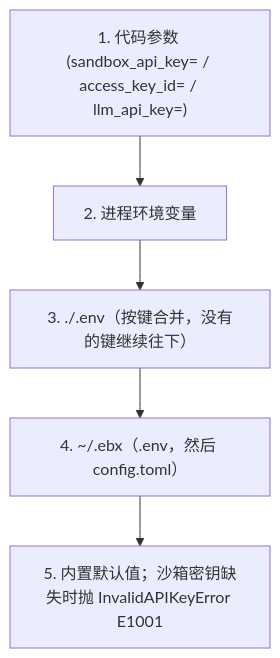
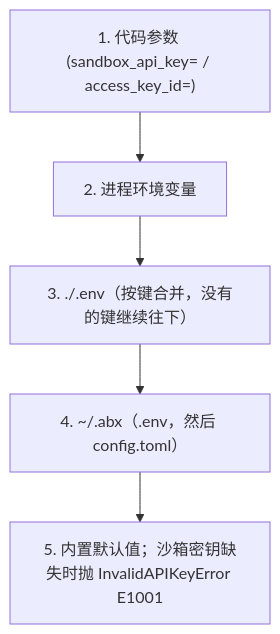
Before and after one commit to Alibaba-Agent-Sandbox/python-sdk: the diagram in docs/zh/guide/authentication.md, drawn with Mermaid. The commit also changed other lines of this file and 819 other files, not shown here.

````diff
--- a/docs/zh/guide/authentication.md
+++ b/docs/zh/guide/authentication.md
@@ -123,7 +123,7 @@
 ```mermaid
 flowchart TD
-    A["1. 代码参数 (sandbox_api_key= / access_key_id= / llm_api_key=)"] --> B["2. 进程环境变量"]
+    A["1. 代码参数 (sandbox_api_key= / access_key_id=)"] --> B["2. 进程环境变量"]
     B --> C["3. ./.env（按键合并，没有的键继续往下）"]
-    C --> D["4. ~/.ebx（.env，然后 config.toml）"]
+    C --> D["4. ~/.abx（.env，然后 config.toml）"]
     D --> E["5. 内置默认值；沙箱密钥缺失时抛 InvalidAPIKeyError E1001"]
 ```
````
